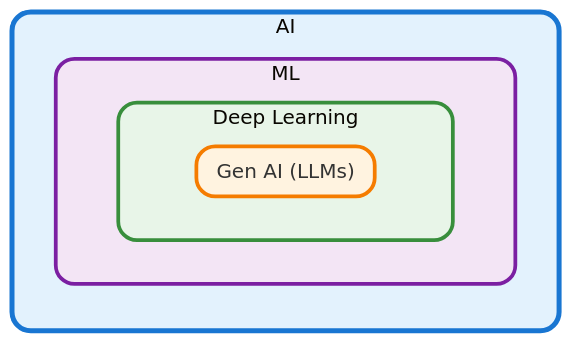
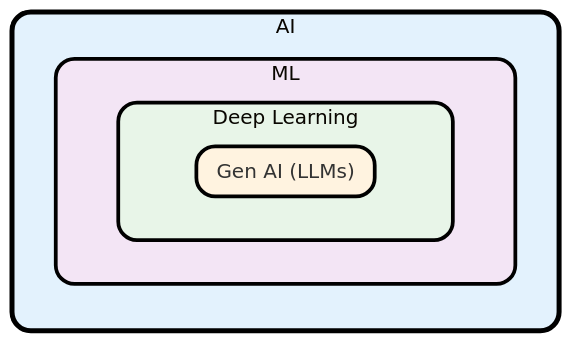
Before and after one commit to skolaric/book-ai-and-machine-learning-a-quick-start-guide: the diagram in 010-overview-of-ai-and-ml.md, drawn with Mermaid (base theme).

````diff
--- a/010-overview-of-ai-and-ml.md
+++ b/010-overview-of-ai-and-ml.md
@@ -4,22 +4,22 @@
 ```mermaid
 graph LR
     subgraph AI ["AI"]
         subgraph ML ["ML"]
             subgraph DL ["Deep Learning"]
                 subgraph GenAI ["Gen AI (LLMs)"]
                 end
             end
         end
     end
     
     %% Styling
-    classDef level1 fill:#e3f2fd,stroke:#1976d2,stroke-width:4px,rx:15,ry:15
-    classDef level2 fill:#f3e5f5,stroke:#7b1fa2,stroke-width:3px,rx:15,ry:15
-    classDef level3 fill:#e8f5e8,stroke:#388e3c,stroke-width:3px,rx:15,ry:15
-    classDef level4 fill:#fff3e0,stroke:#f57c00,stroke-width:3px,rx:15,ry:15
+    classDef level1 fill:#e3f2fd,stroke:#000000,stroke-width:4px,rx:15,ry:15
+    classDef level2 fill:#f3e5f5,stroke:#000000,stroke-width:3px,rx:15,ry:15
+    classDef level3 fill:#e8f5e8,stroke:#000000,stroke-width:3px,rx:15,ry:15
+    classDef level4 fill:#fff3e0,stroke:#000000,stroke-width:3px,rx:15,ry:15
     
     class AI level1
     class ML level2
     class DL level3
     class GenAI level4
 ```
````
